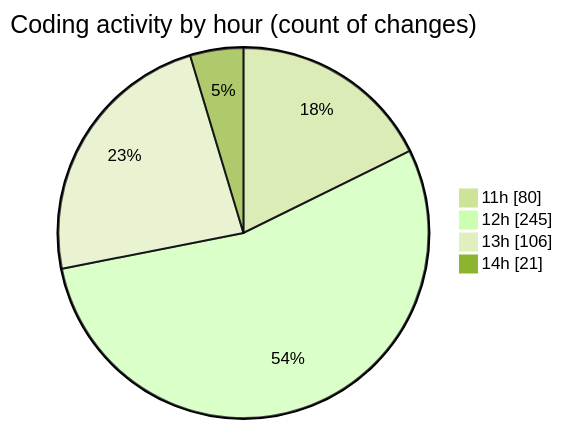
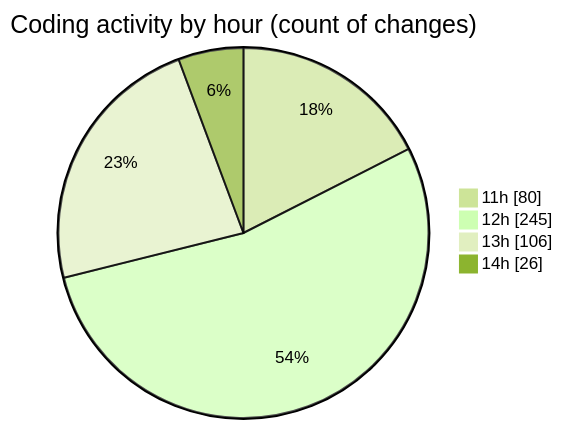
Before and after one commit to nxtqubesakshisongat/code-tracking: the second of 2 diagrams in 2025-04-19/nxtqube_webapp/README.md, drawn with Mermaid (forest theme). The commit also changed other lines of this file and 1 other file, not shown here.

````diff
--- a/2025-04-19/nxtqube_webapp/README.md
+++ b/2025-04-19/nxtqube_webapp/README.md
@@ -51,8 +52,8 @@
 ```mermaid
 pie showData
 title Coding activity by hour (count of changes)
 "11h" : 80
 "12h" : 245
 "13h" : 106
-"14h" : 21
+"14h" : 26
 ```
````
